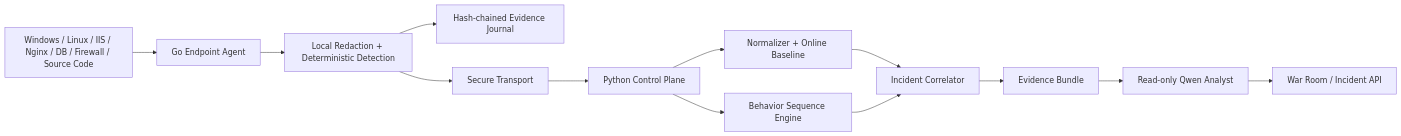
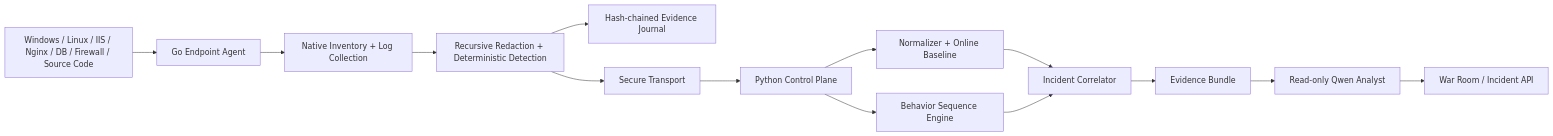
The diagram in README.md (paddman/NTAgentShield), drawn with Mermaid before and after one commit. The commit also changed other lines of this file and 6 other files, not shown here.

First line of the commit message:
fix(agent): redact nested inventory evidence and hash host identifiers

````diff
--- a/README.md
+++ b/README.md
@@ -14,15 +14,16 @@
 ```mermaid
 flowchart LR
   A[Windows / Linux / IIS / Nginx / DB / Firewall / Source Code] --> B[Go Endpoint Agent]
-  B --> C[Local Redaction + Deterministic Detection]
-  C --> D[Hash-chained Evidence Journal]
-  C --> E[Secure Transport]
-  E --> F[Python Control Plane]
-  F --> G[Normalizer + Online Baseline]
-  F --> H[Behavior Sequence Engine]
-  G --> I[Incident Correlator]
-  H --> I
-  I --> J[Evidence Bundle]
-  J --> K[Read-only Qwen Analyst]
-  K --> L[War Room / Incident API]
+  B --> C[Native Inventory + Log Collection]
+  C --> D[Recursive Redaction + Deterministic Detection]
+  D --> E[Hash-chained Evidence Journal]
+  D --> F[Secure Transport]
+  F --> G[Python Control Plane]
+  G --> H[Normalizer + Online Baseline]
+  G --> I[Behavior Sequence Engine]
+  H --> J[Incident Correlator]
+  I --> J
+  J --> K[Evidence Bundle]
+  K --> L[Read-only Qwen Analyst]
+  L --> M[War Room / Incident API]
 ```
````
